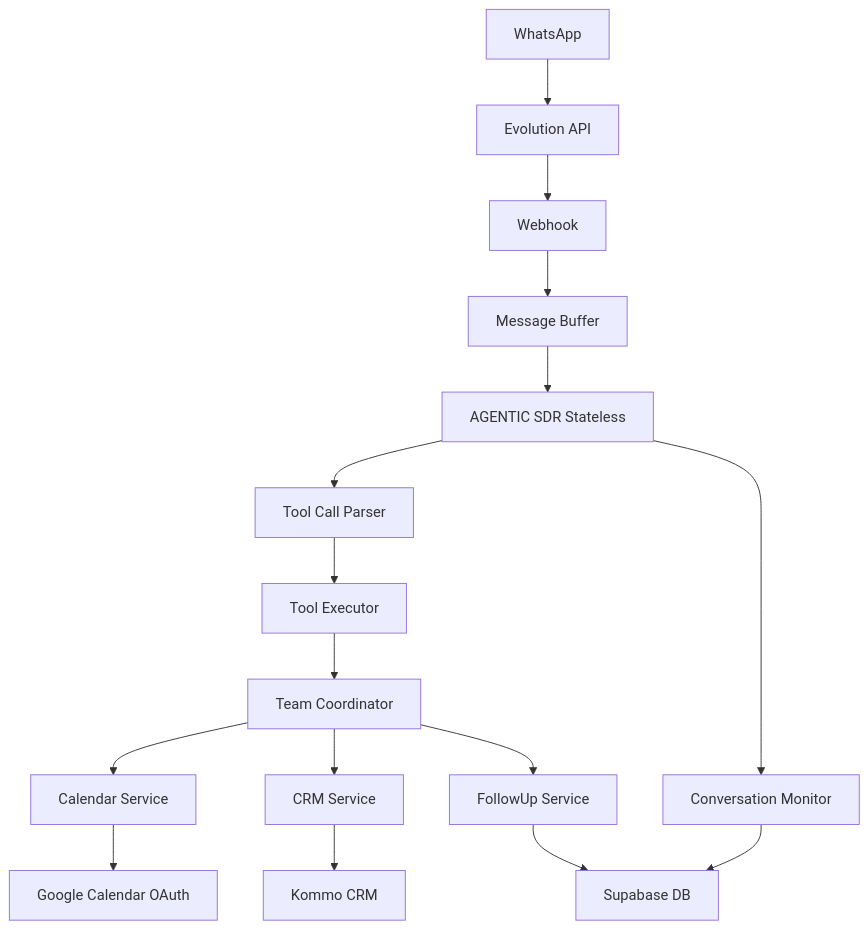
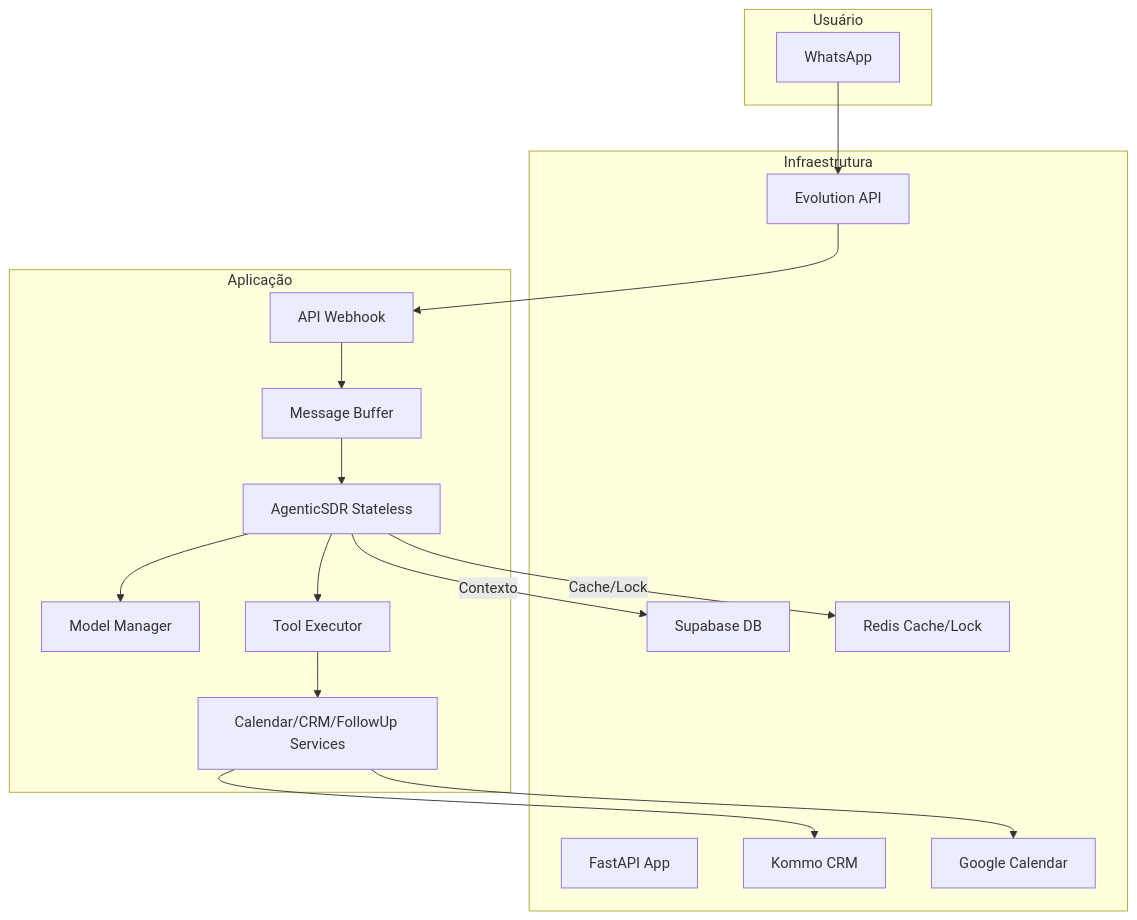
The diagram in README.md (nitroxinteligence/agentic-sdr-solar-prime), drawn with Mermaid before and after one commit. The commit also changed other lines of this file and 70 other files, not shown here.

````diff
--- a/README.md
+++ b/README.md
@@ -216,18 +132,36 @@
 ```mermaid
 graph TD
-    WhatsApp[WhatsApp] --> Evolution[Evolution API]
-    Evolution --> Webhook[Webhook]
-    Webhook --> Buffer[Message Buffer]
-    Buffer --> AGENTIC[AGENTIC SDR Stateless]
-    AGENTIC --> Parser[Tool Call Parser]
-    Parser --> Executor[Tool Executor]
-    Executor --> Team[Team Coordinator]
-    AGENTIC --> Monitor[Conversation Monitor]
-    Team --> Calendar[Calendar Service]
-    Team --> CRM[CRM Service]
-    Team --> FollowUp[FollowUp Service]
-    Monitor --> Supabase[Supabase DB]
-    Calendar --> Google[Google Calendar OAuth]
-    CRM --> Kommo[Kommo CRM]
-    FollowUp --> Supabase
+    subgraph "Usuário"
+        WhatsApp
+    end
+
+    subgraph "Infraestrutura"
+        Evolution[Evolution API]
+        FastAPI[FastAPI App]
+        Supabase[Supabase DB]
+        Redis[Redis Cache/Lock]
+        Kommo[Kommo CRM]
+        Google[Google Calendar]
+    end
+
+    subgraph "Aplicação"
+        Webhook[API Webhook]
+        Buffer[Message Buffer]
+        Agent[AgenticSDR Stateless]
+        Model[Model Manager]
+        Tools[Tool Executor]
+        Services[Calendar/CRM/FollowUp Services]
+    end
+
+    WhatsApp --> Evolution
+    Evolution --> Webhook
+    Webhook --> Buffer
+    Buffer --> Agent
+    Agent --> Model
+    Agent --> Tools
+    Tools --> Services
+    Services --> Kommo
+    Services --> Google
+    Agent -- Contexto --> Supabase
+    Agent -- Cache/Lock --> Redis
 ```
````
